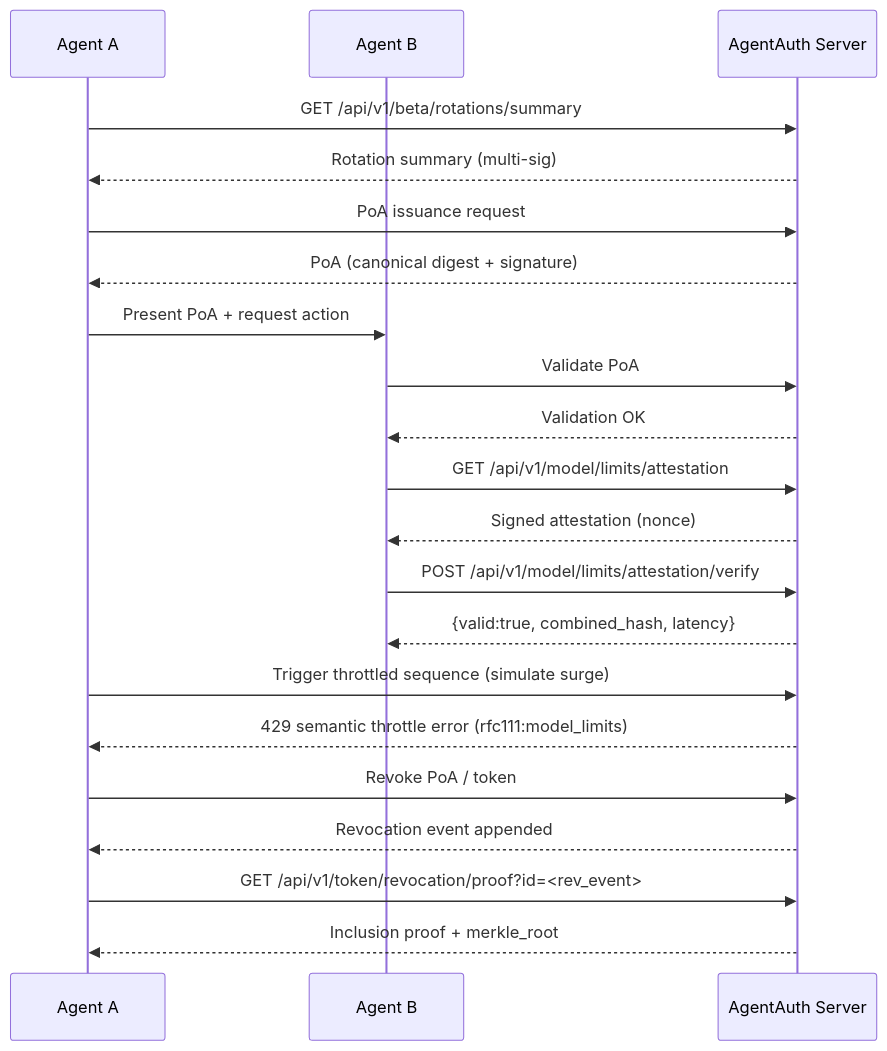
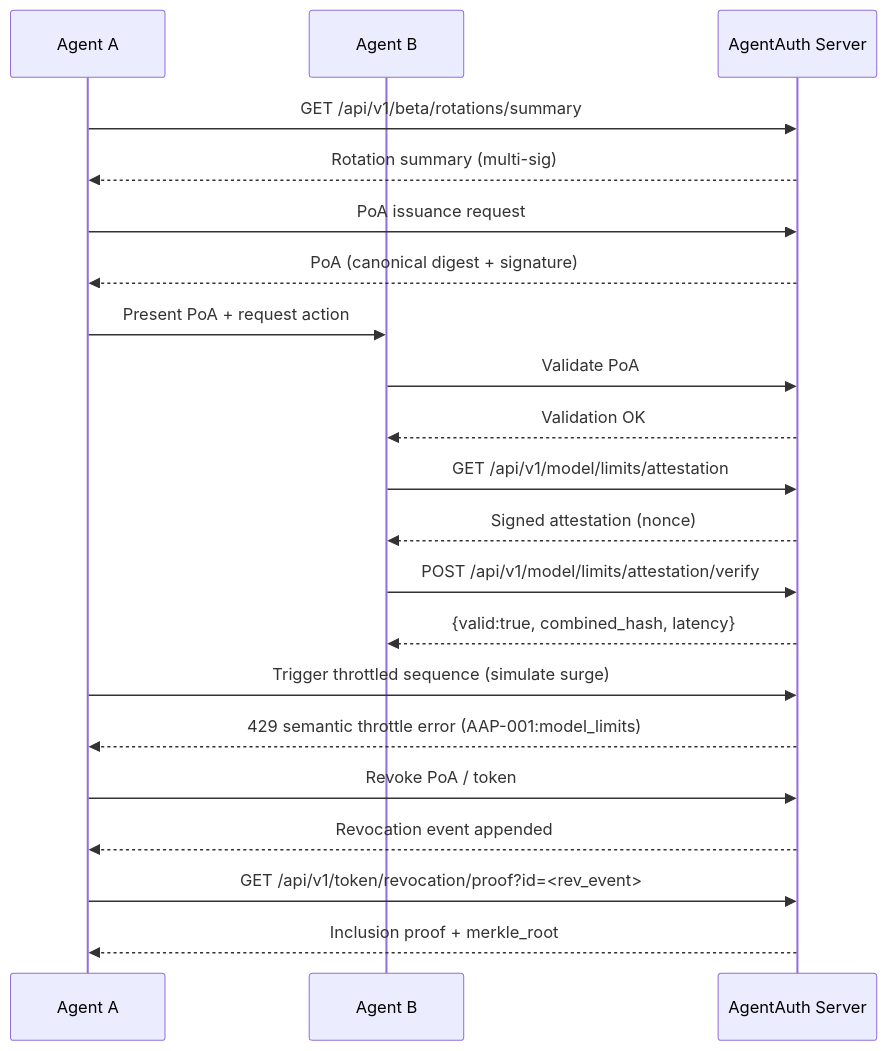
One commit to mauriciomferz/Gauth_go changed the first of 2 diagrams in docs/DEMO_ARCHITECTURE.md. Above: the diagram before and after it, drawn with Mermaid. The commit also changed 305 other files, not shown here.

````diff
--- a/docs/DEMO_ARCHITECTURE.md
+++ b/docs/DEMO_ARCHITECTURE.md
@@ -31,23 +31,23 @@
 ```mermaid
 sequenceDiagram
     participant A as Agent A
     participant B as Agent B
     participant S as AgentAuth Server
     A->>S: GET /api/v1/beta/rotations/summary
     S-->>A: Rotation summary (multi-sig)
     A->>S: PoA issuance request
     S-->>A: PoA (canonical digest + signature)
     A->>B: Present PoA + request action
     B->>S: Validate PoA
     S-->>B: Validation OK
     B->>S: GET /api/v1/model/limits/attestation
     S-->>B: Signed attestation (nonce)
     B->>S: POST /api/v1/model/limits/attestation/verify
     S-->>B: {valid:true, combined_hash, latency}
     A->>S: Trigger throttled sequence (simulate surge)
-    S-->>A: 429 semantic throttle error (rfc111:model_limits)
+    S-->>A: 429 semantic throttle error (AAP-001:model_limits)
     A->>S: Revoke PoA / token
     S-->>A: Revocation event appended
     A->>S: GET /api/v1/token/revocation/proof?id=<rev_event>
     S-->>A: Inclusion proof + merkle_root
 ```
````
